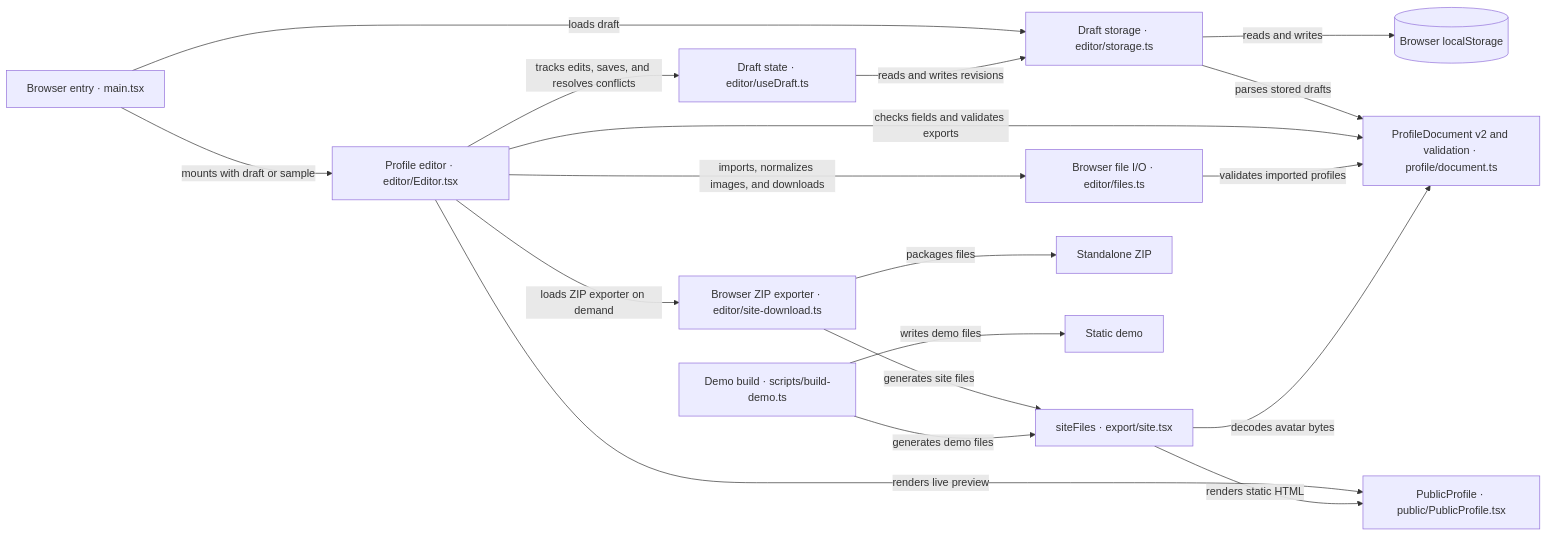
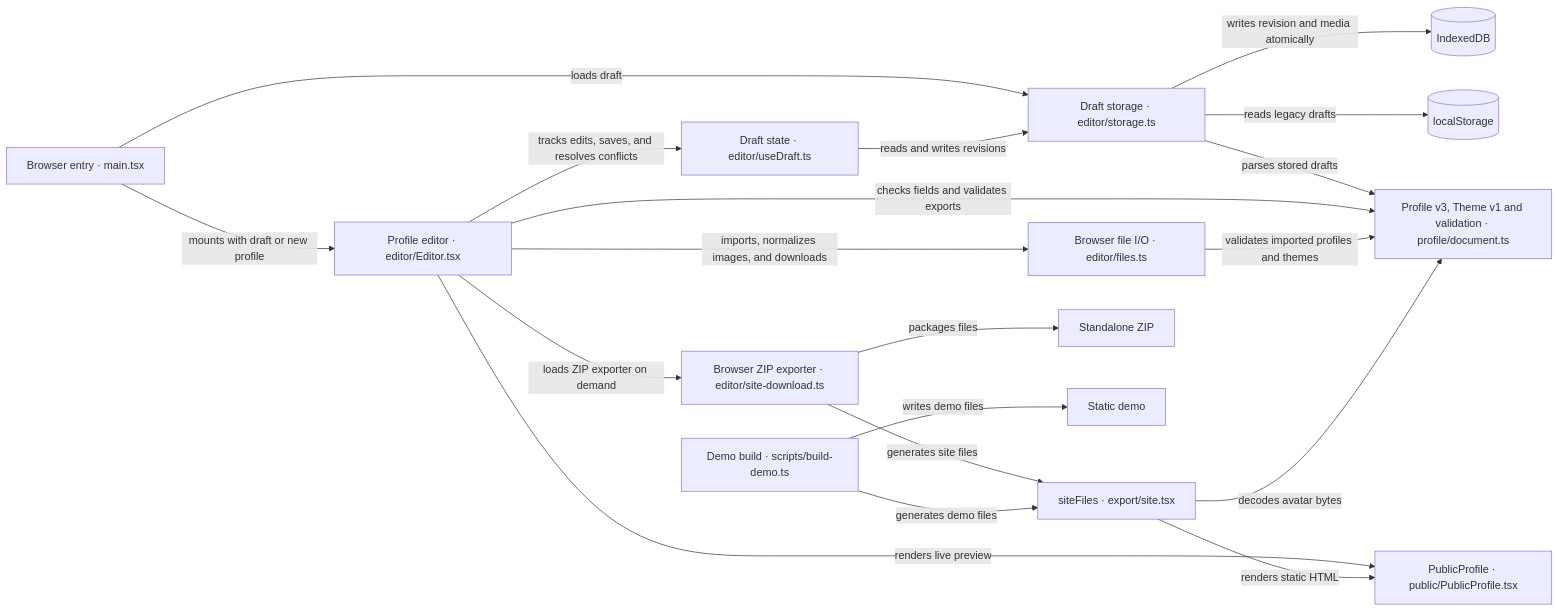
The diagram in ARCHITECTURE.md (sinzbtw/rvnce), drawn with Mermaid before and after one commit. The commit also changed other lines of this file and 40 other files, not shown here.

````diff
--- a/ARCHITECTURE.md
+++ b/ARCHITECTURE.md
@@ -7,20 +7,21 @@
 ```mermaid
 flowchart LR
     Entry["Browser entry · main.tsx"] -->|"loads draft"| Draft["Draft storage · editor/storage.ts"]
-    Entry -->|"mounts with draft or sample"| Editor["Profile editor · editor/Editor.tsx"]
+    Entry -->|"mounts with draft or new profile"| Editor["Profile editor · editor/Editor.tsx"]
     Editor -->|"tracks edits, saves, and resolves conflicts"| DraftSession["Draft state · editor/useDraft.ts"]
     DraftSession -->|"reads and writes revisions"| Draft
-    Draft -->|"reads and writes"| Local[("Browser localStorage")]
-    Draft -->|"parses stored drafts"| Profile["ProfileDocument v2 and validation · profile/document.ts"]
+    Draft -->|"writes revision and media atomically"| Local[("IndexedDB")]
+    Draft -->|"reads legacy drafts"| Legacy[("localStorage")]
+    Draft -->|"parses stored drafts"| Profile["Profile v3, Theme v1 and validation · profile/document.ts"]
     Editor -->|"checks fields and validates exports"| Profile
     Editor -->|"imports, normalizes images, and downloads"| Files["Browser file I/O · editor/files.ts"]
-    Files -->|"validates imported profiles"| Profile
+    Files -->|"validates imported profiles and themes"| Profile
     Editor -->|"renders live preview"| Render["PublicProfile · public/PublicProfile.tsx"]
     Editor -->|"loads ZIP exporter on demand"| Zip["Browser ZIP exporter · editor/site-download.ts"]
     Zip -->|"generates site files"| Site["siteFiles · export/site.tsx"]
     Site -->|"decodes avatar bytes"| Profile
     Site -->|"renders static HTML"| Render
     Zip -->|"packages files"| Archive["Standalone ZIP"]
     Build["Demo build · scripts/build-demo.ts"] -->|"generates demo files"| Site
     Build -->|"writes demo files"| Demo["Static demo"]
 ```
````
